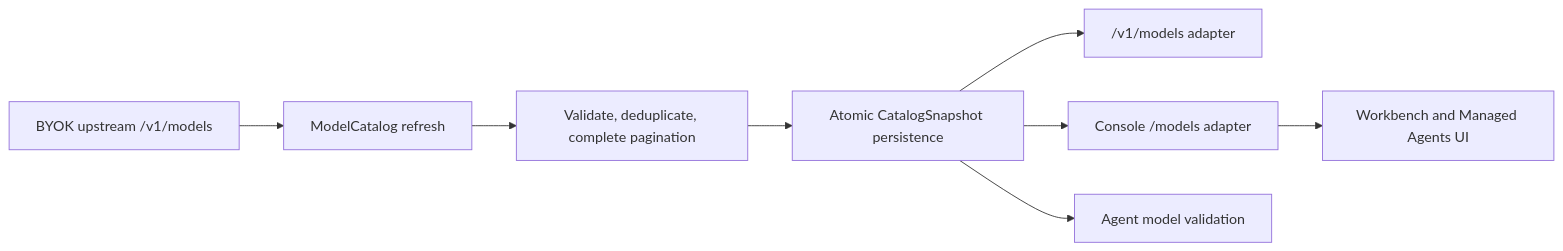
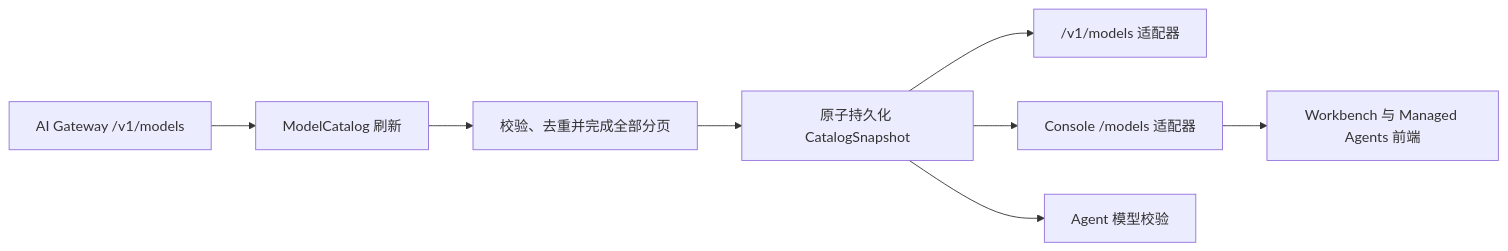
One commit to Postroggy/open-managed-agents changed the diagram in docs/design/be/byok-model-catalog.md. Above: the diagram before and after it, drawn with Mermaid. The commit also changed other lines of this file and 6 other files, not shown here.

````diff
--- a/docs/design/be/byok-model-catalog.md
+++ b/docs/design/be/byok-model-catalog.md
@@ -24,10 +15,10 @@
 ```mermaid
 flowchart LR
-    U["BYOK upstream /v1/models"] --> C["ModelCatalog refresh"]
-    C --> V["Validate, deduplicate, complete pagination"]
-    V --> S["Atomic CatalogSnapshot persistence"]
-    S --> A["/v1/models adapter"]
-    S --> W["Console /models adapter"]
-    S --> G["Agent model validation"]
-    W --> F["Workbench and Managed Agents UI"]
+    U["AI Gateway /v1/models"] --> C["ModelCatalog 刷新"]
+    C --> V["校验、去重并完成全部分页"]
+    V --> S["原子持久化 CatalogSnapshot"]
+    S --> A["/v1/models 适配器"]
+    S --> W["Console /models 适配器"]
+    S --> G["Agent 模型校验"]
+    W --> F["Workbench 与 Managed Agents 前端"]
 ```
````
